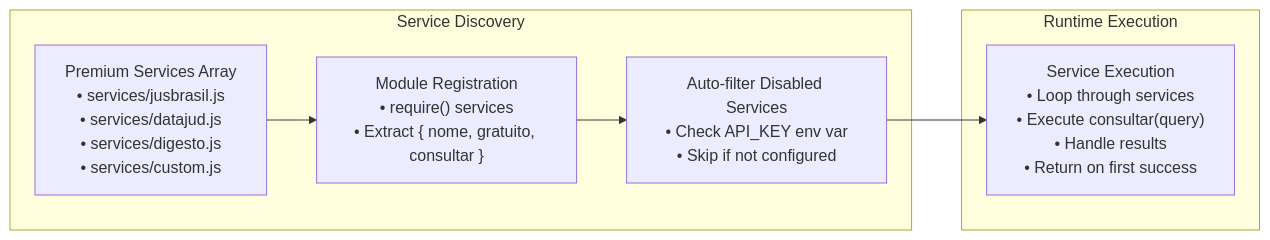
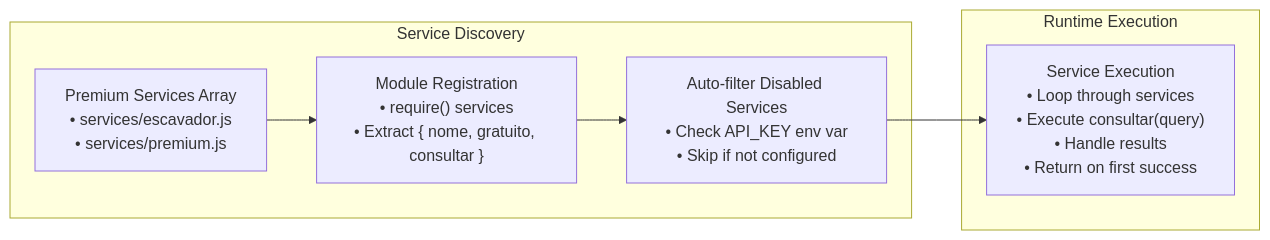
Before and after one commit to Alexandrexicara/bot-processos: the ninth of 19 diagrams in .qoder/repowiki/en/content/API Integration Layer/Premium Paid Service Integration.md, drawn with Mermaid. The commit also changed other lines of this file and 6 other files, not shown here.

````diff
--- a/.qoder/repowiki/en/content/API Integration Layer/Premium Paid Service Integration.md
+++ b/.qoder/repowiki/en/content/API Integration Layer/Premium Paid Service Integration.md
@@ -438,12 +361,12 @@
 ```mermaid
 flowchart LR
 subgraph "Service Discovery"
-Services["Premium Services Array<br/>• services/jusbrasil.js<br/>• services/datajud.js<br/>• services/digesto.js<br/>• services/custom.js"]
+Services["Premium Services Array<br/>• services/escavador.js<br/>• services/premium.js"]
 Register["Module Registration<br/>• require() services<br/>• Extract { nome, gratuito, consultar }"]
 Filter["Auto-filter Disabled Services<br/>• Check API_KEY env var<br/>• Skip if not configured"]
 end
 subgraph "Runtime Execution"
 Execute["Service Execution<br/>• Loop through services<br/>• Execute consultar(query)<br/>• Handle results<br/>• Return on first success"]
 end
 Services --> Register --> Filter --> Execute
 ```
````
